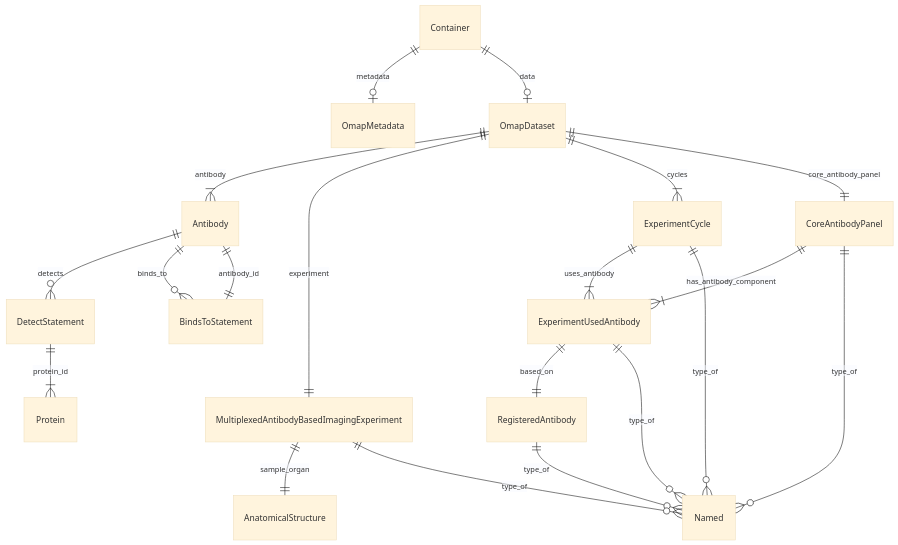
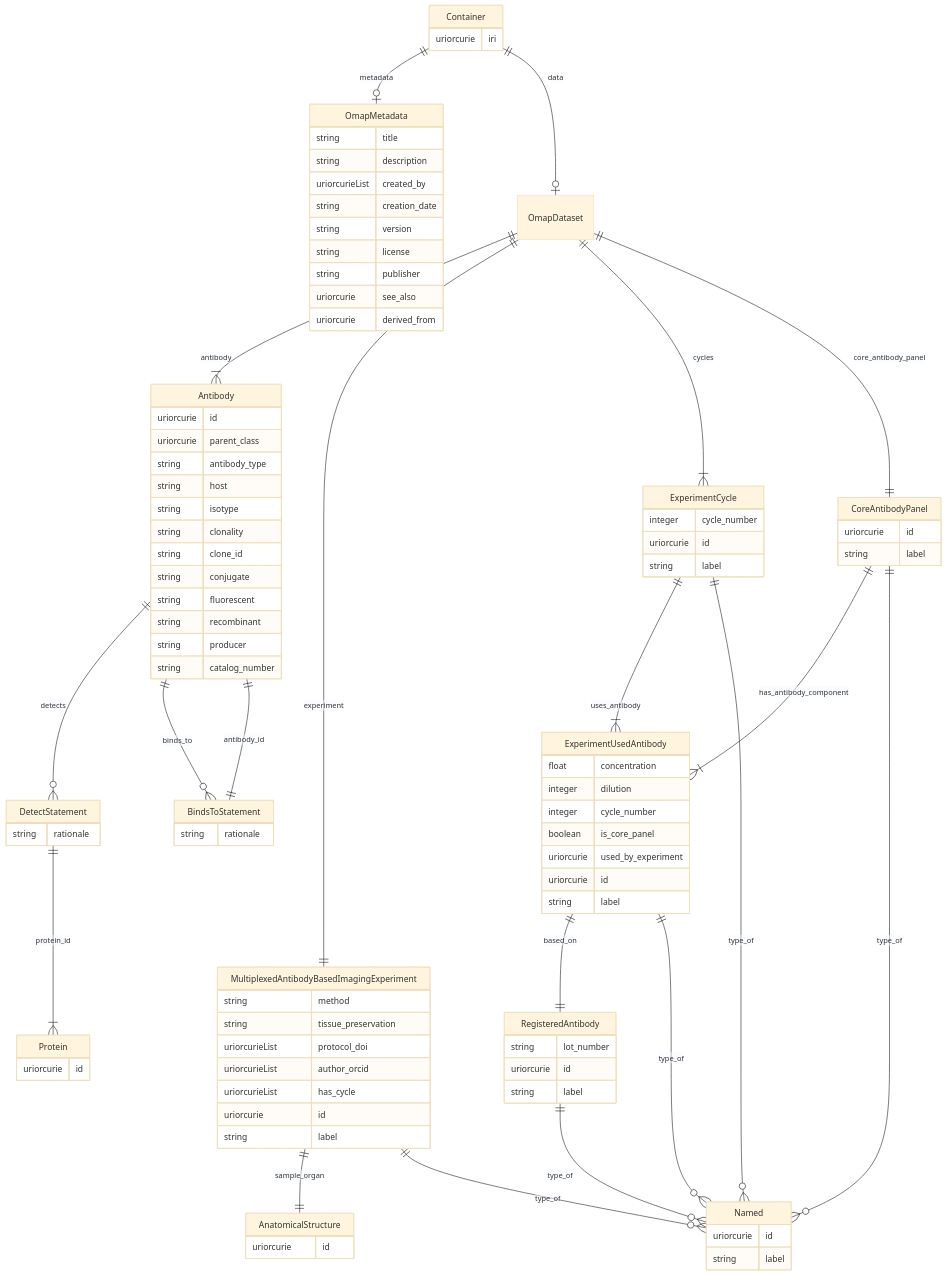
The eighth of 11 diagrams in er-diagrams.md (hubmapconsortium/hra-do-processor), drawn with Mermaid (base theme) before and after one commit. The commit also changed other lines of this file, not shown here.

Commit message:
ER Diagram update

````diff
--- a/er-diagrams.md
+++ b/er-diagrams.md
@@ -237,46 +418,83 @@
 ```mermaid
 erDiagram
 Container {
-
+    uriorcurie iri  
 }
 OmapDataset {
 
 }
 CoreAntibodyPanel {
-
+    uriorcurie id  
+    string label  
 }
 Named {
-
+    uriorcurie id  
+    string label  
 }
 ExperimentUsedAntibody {
-
+    float concentration  
+    integer dilution  
+    integer cycle_number  
+    boolean is_core_panel  
+    uriorcurie used_by_experiment  
+    uriorcurie id  
+    string label  
 }
 RegisteredAntibody {
-
+    string lot_number  
+    uriorcurie id  
+    string label  
 }
 ExperimentCycle {
-
+    integer cycle_number  
+    uriorcurie id  
+    string label  
 }
 MultiplexedAntibodyBasedImagingExperiment {
-
+    string method  
+    string tissue_preservation  
+    uriorcurieList protocol_doi  
+    uriorcurieList author_orcid  
+    uriorcurieList has_cycle  
+    uriorcurie id  
+    string label  
 }
 AnatomicalStructure {
-
+    uriorcurie id  
 }
 Antibody {
-
+    uriorcurie id  
+    uriorcurie parent_class  
+    string antibody_type  
+    string host  
+    string isotype  
+    string clonality  
+    string clone_id  
+    string conjugate  
+    string fluorescent  
+    string recombinant  
+    string producer  
+    string catalog_number  
 }
 BindsToStatement {
-
+    string rationale  
 }
 DetectStatement {
-
+    string rationale  
 }
 Protein {
-
+    uriorcurie id  
 }
 OmapMetadata {
-
+    string title  
+    string description  
+    uriorcurieList created_by  
+    string creation_date  
+    string version  
+    string license  
+    string publisher  
+    uriorcurie see_also  
+    uriorcurie derived_from  
 }
 
 Container ||--|o OmapMetadata : "metadata"
````
